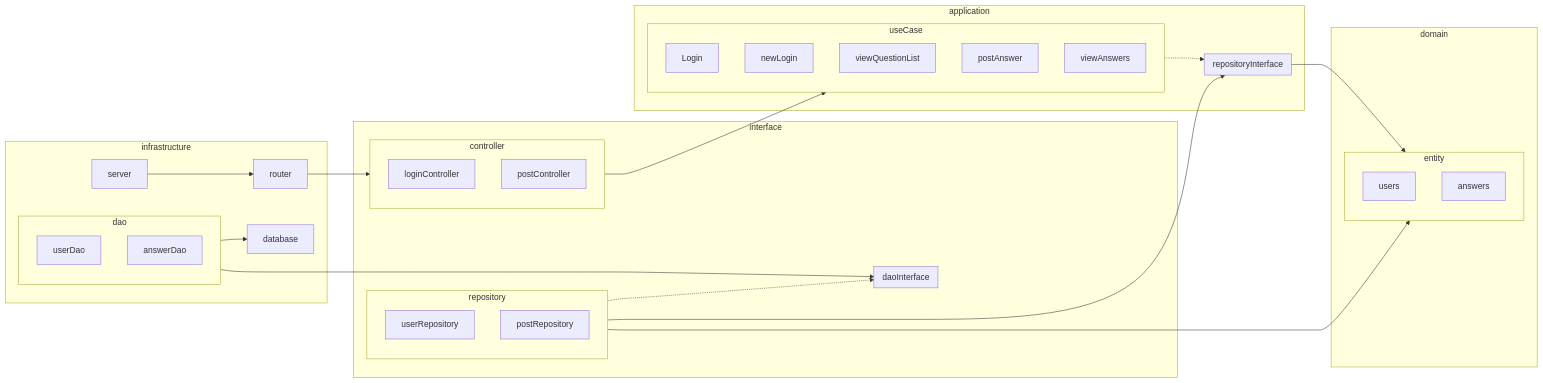
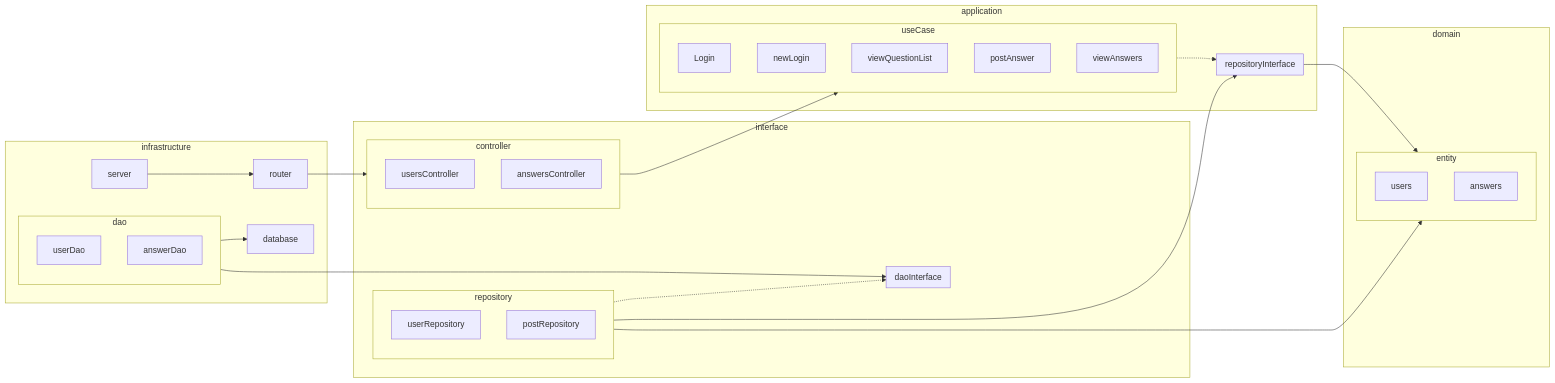
The diagram in backend/README.md (MasanobuRyuman/everybodys_refactoring), drawn with Mermaid before and after one commit.

Commit message:
controllerを変更

````diff
--- a/backend/README.md
+++ b/backend/README.md
@@ -1,55 +1,55 @@
 ```mermaid
 flowchart LR
 server --> router
 router --> controller
 controller --> useCase
 repository --> entity
 repository --> repositoryInterface
 repositoryInterface --> entity
 useCase -.-> repositoryInterface
 repository -.-> daoInterface
 dao --> daoInterface
 dao --> database
 subgraph infrastructure
 server
 router
 database
 subgraph dao
 userDao
 answerDao
 end
 end
 
 subgraph interface
 subgraph controller
-loginController
-postController
+usersController
+answersController
 end
 subgraph repository
 userRepository
 postRepository
 end
 subgraph daoInterface
 
 end
 end
 
 subgraph application
 subgraph useCase
 Login
 newLogin
 viewQuestionList
 postAnswer
 viewAnswers
 end
 subgraph repositoryInterface
 end
 end
 
 subgraph domain
 subgraph entity
 users
 answers
 end
 end
 ```
````
